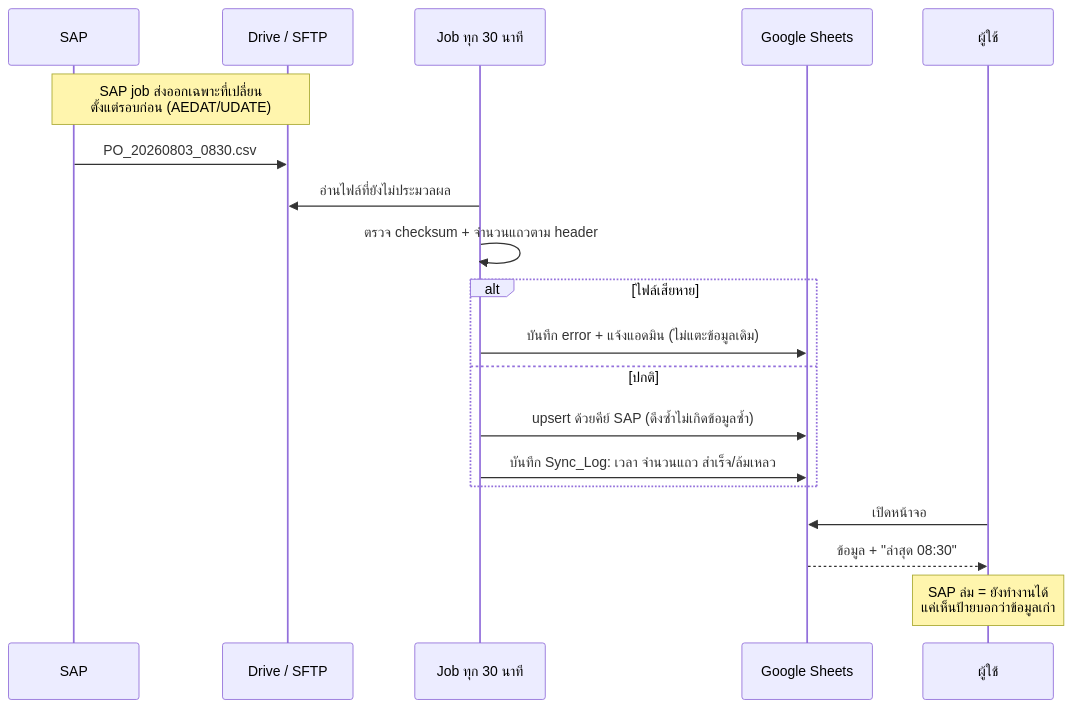
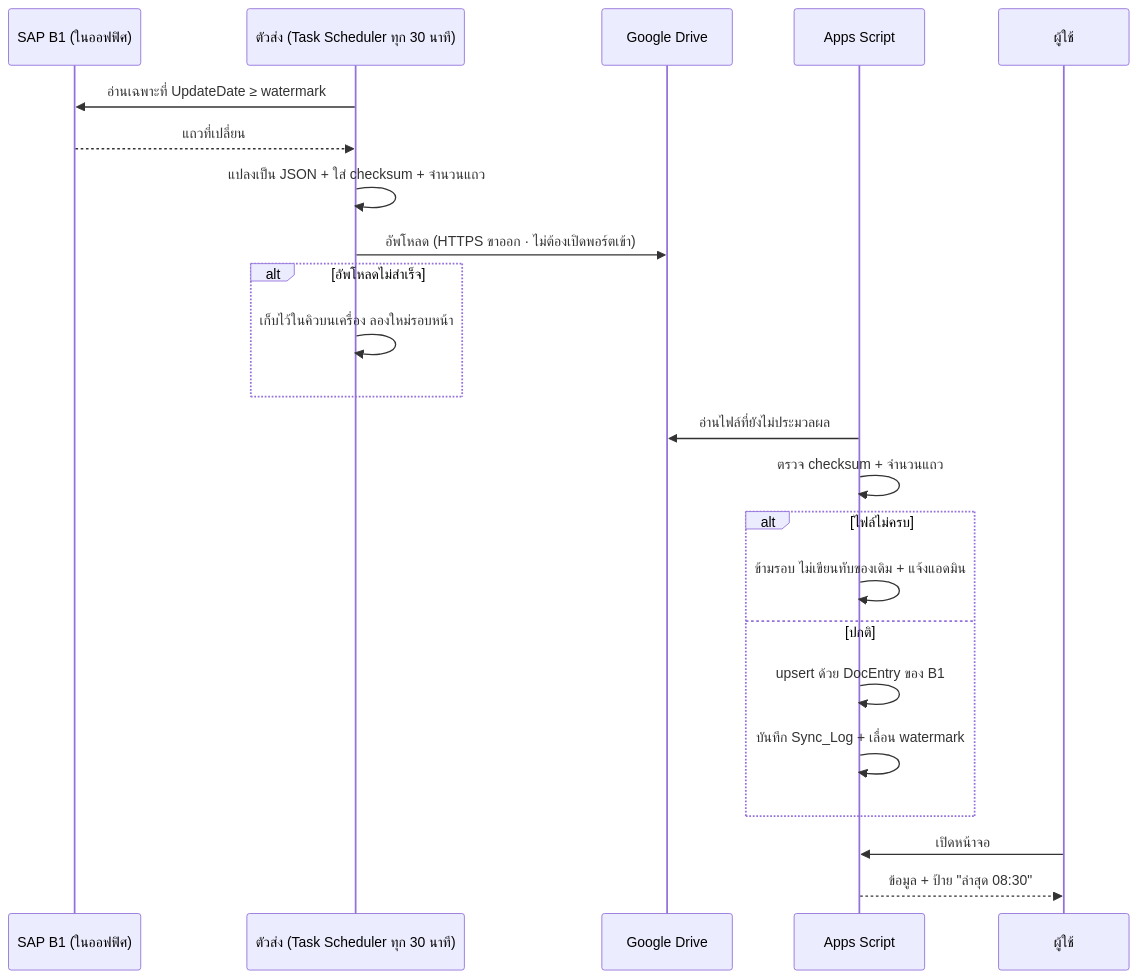
The diagram in docs/09-usability-and-sap.md (phkhanittha-aon/PU-ACC), drawn with Mermaid before and after one commit. The commit also changed other lines of this file and 5 other files, not shown here.

````diff
--- a/docs/09-usability-and-sap.md
+++ b/docs/09-usability-and-sap.md
@@ -194,22 +253,26 @@
 ```mermaid
 sequenceDiagram
-  participant SAP
-  participant F as Drive / SFTP
-  participant J as Job ทุก 30 นาที
-  participant DB as Google Sheets
+  participant B1 as SAP B1 (ในออฟฟิศ)
+  participant X as ตัวส่ง (Task Scheduler ทุก 30 นาที)
+  participant G as Google Drive
+  participant J as Apps Script
   participant U as ผู้ใช้
 
-  Note over SAP,F: SAP job ส่งออกเฉพาะที่เปลี่ยน<br/>ตั้งแต่รอบก่อน (AEDAT/UDATE)
-  SAP->>F: PO_20260803_0830.csv
-  J->>F: อ่านไฟล์ที่ยังไม่ประมวลผล
-  J->>J: ตรวจ checksum + จำนวนแถวตาม header
-  alt ไฟล์เสียหาย
-    J->>DB: บันทึก error + แจ้งแอดมิน (ไม่แตะข้อมูลเดิม)
+  X->>B1: อ่านเฉพาะที่ UpdateDate ≥ watermark
+  B1-->>X: แถวที่เปลี่ยน
+  X->>X: แปลงเป็น JSON + ใส่ checksum + จำนวนแถว
+  X->>G: อัพโหลด (HTTPS ขาออก · ไม่ต้องเปิดพอร์ตเข้า)
+  alt อัพโหลดไม่สำเร็จ
+    X->>X: เก็บไว้ในคิวบนเครื่อง ลองใหม่รอบหน้า
+  end
+  J->>G: อ่านไฟล์ที่ยังไม่ประมวลผล
+  J->>J: ตรวจ checksum + จำนวนแถว
+  alt ไฟล์ไม่ครบ
+    J->>J: ข้ามรอบ ไม่เขียนทับของเดิม + แจ้งแอดมิน
   else ปกติ
-    J->>DB: upsert ด้วยคีย์ SAP (ดึงซ้ำไม่เกิดข้อมูลซ้ำ)
-    J->>DB: บันทึก Sync_Log: เวลา จำนวนแถว สำเร็จ/ล้มเหลว
+    J->>J: upsert ด้วย DocEntry ของ B1
+    J->>J: บันทึก Sync_Log + เลื่อน watermark
   end
-  U->>DB: เปิดหน้าจอ
-  DB-->>U: ข้อมูล + "ล่าสุด 08:30"
-  Note over U: SAP ล่ม = ยังทำงานได้<br/>แค่เห็นป้ายบอกว่าข้อมูลเก่า
+  U->>J: เปิดหน้าจอ
+  J-->>U: ข้อมูล + ป้าย "ล่าสุด 08:30"
 ```
````
